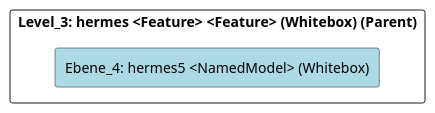
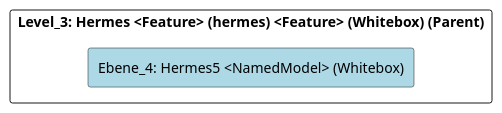
The diagram in doc/cleonproject_deliverables_architecture_model_architecture/adoc/de/05_bausteinsicht/cleon/project_methods/hermes/modelhermes5/ebene_4_model.hermes5.adoc (marcozwyssig/cleon), drawn with PlantUML before and after one commit. The commit also changed other lines of this file and 166 other files, not shown here.

```diff
--- a/doc/cleonproject_deliverables_architecture_model_architecture/adoc/de/05_bausteinsicht/cleon/project_methods/hermes/modelhermes5/ebene_4_model.hermes5.adoc
+++ b/doc/cleonproject_deliverables_architecture_model_architecture/adoc/de/05_bausteinsicht/cleon/project_methods/hermes/modelhermes5/ebene_4_model.hermes5.adoc
@@ -24,24 +24,24 @@
-[plantuml, Ebene_4: hermes5 <NamedModel> (Whitebox)BlockOverview, format="svg"]
+[plantuml, Ebene_4: Hermes5 <NamedModel> (Whitebox)BlockOverview, format="svg"]
 ----
-@startuml Ebene_4: hermes5 <NamedModel> (Whitebox)BuildingBlockOverview
+@startuml Ebene_4: Hermes5 <NamedModel> (Whitebox)BuildingBlockOverview
 
 skinparam ranksep 10
 skinparam componentStyle rectangle
 skinparam shadowing false
 skinparam arrowColor lightblue
 skinparam arrowThickness 1.2
 skinparam rectangle {
   BackgroundColor White
   BorderColor #333
   RoundCorner 10
 }
 top to bottom direction
 
-component "Level_3: hermes <Feature> <Feature> (Whitebox) (Parent)" {
-    component "Ebene_4: hermes5 <NamedModel> (Whitebox)" #lightblue {
+component "Level_3: Hermes <Feature> (hermes) <Feature> (Whitebox) (Parent)" {
+    component "Ebene_4: Hermes5 <NamedModel> (Whitebox)" #lightblue {
     }
 
 }
 
 @enduml
 ----
```
